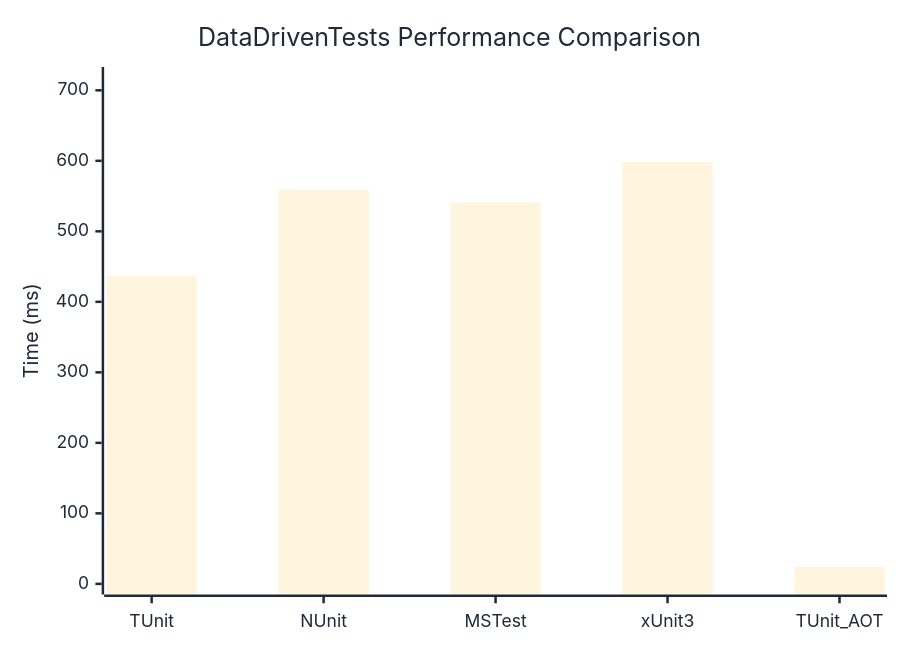
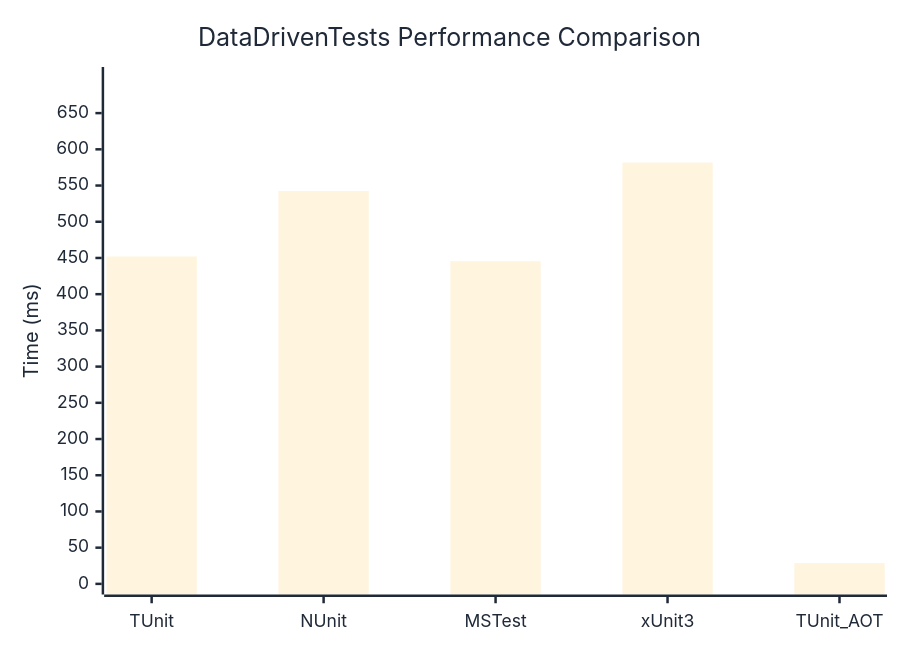
Before and after one commit to thomhurst/TUnit: the diagram in docs/docs/benchmarks/DataDrivenTests.md, drawn with Mermaid. The commit also changed other lines of this file and 17 other files, not shown here.

````diff
--- a/docs/docs/benchmarks/DataDrivenTests.md
+++ b/docs/docs/benchmarks/DataDrivenTests.md
@@ -27,37 +27,37 @@
 ```mermaid
 %%{init: {
   'theme':'base',
   'themeVariables': {
     'primaryColor': '#2563eb',
     'primaryTextColor': '#1f2937',
     'primaryBorderColor': '#1e40af',
     'lineColor': '#6b7280',
     'secondaryColor': '#7c3aed',
     'tertiaryColor': '#dc2626',
     'background': '#ffffff',
     'mainBkg': '#2563eb',
     'secondBkg': '#7c3aed',
     'tertiaryBkg': '#dc2626',
     'clusterBkg': '#f3f4f6',
     'edgeLabelBackground': '#ffffff',
     'tertiaryTextColor': '#1f2937',
     'pie1': '#2563eb',
     'pie2': '#7c3aed',
     'pie3': '#dc2626',
     'pie4': '#f59e0b',
     'pie5': '#10b981',
     'pie6': '#06b6d4',
     'pie7': '#ec4899',
     'pie8': '#6366f1',
     'pie9': '#84cc16',
     'pie10': '#f97316',
     'pie11': '#14b8a6',
     'pie12': '#a855f7'
   }
 }}%%
 xychart-beta
   title "DataDrivenTests Performance Comparison"
   x-axis ["TUnit", "NUnit", "MSTest", "xUnit3", "TUnit_AOT"]
-  y-axis "Time (ms)" 0 --> 718
-  bar [436.81, 558.9, 540.91, 598.12, 24.2]
+  y-axis "Time (ms)" 0 --> 699
+  bar [452.01, 542.47, 445.47, 581.69, 28.63]
 ```
````
